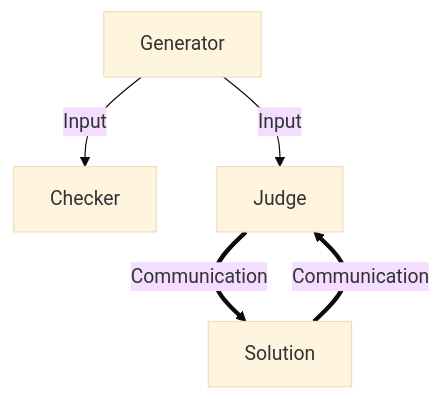
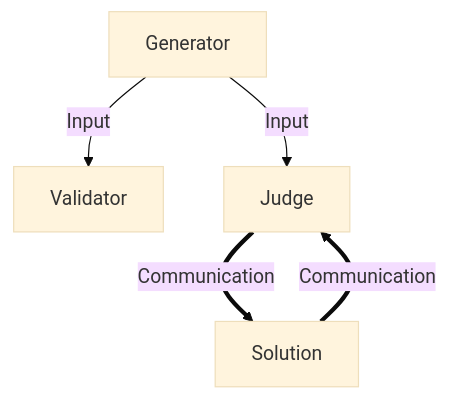
Before and after one commit to kasiopea-org/pisek: the second of 2 diagrams in docs/task_overview.md, drawn with Mermaid (base theme). The commit also changed other lines of this file and 23 other files, not shown here.

Commit message:
Rename checker to validator

````diff
--- a/docs/task_overview.md
+++ b/docs/task_overview.md
@@ -72,7 +72,7 @@
 ```mermaid
 graph TD;
-    G[Generator] -->|Input| C[Checker];
+    G[Generator] -->|Input| C[Validator];
     G -->|Input| J[Judge];
     J ==>|Communication| S[Solution];
     S ==>|Communication| J;
 ```
````
